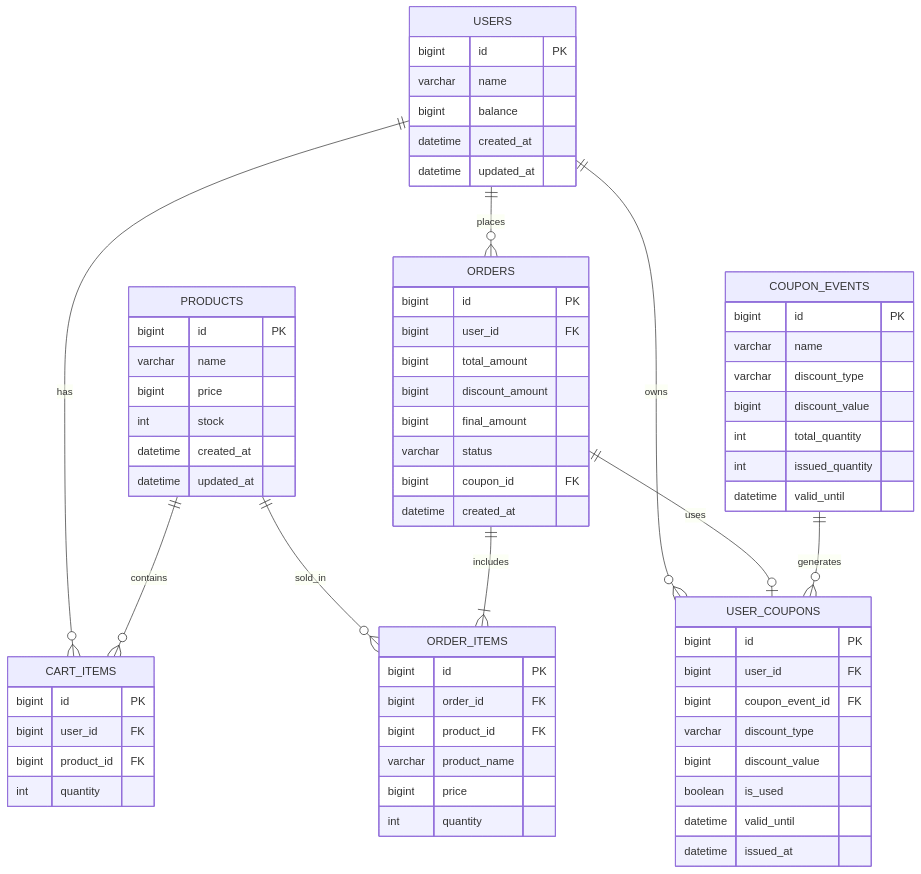
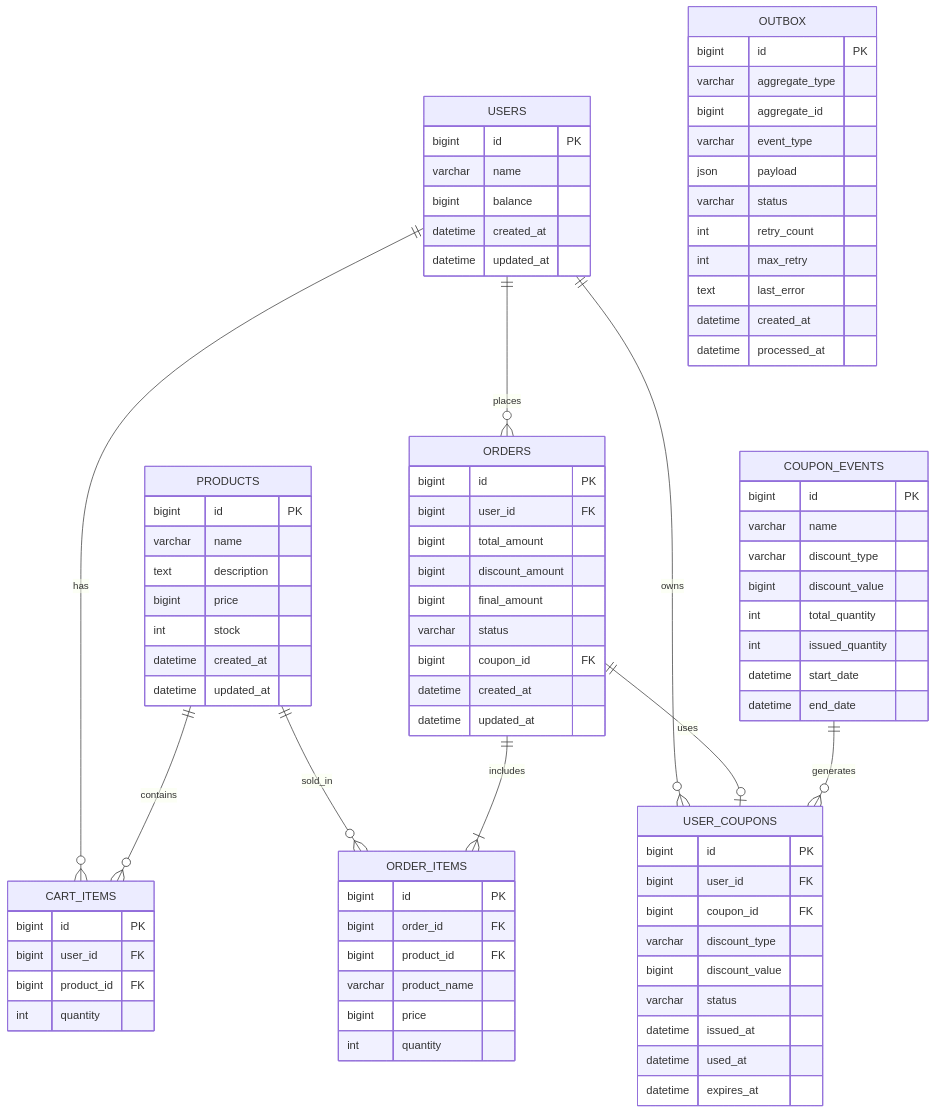
One commit to jaedeokhan/start-study changed the diagram in week2-api-design-management/api-swagger/docs/api/data-model.md. Above: the diagram before and after it, drawn with Mermaid. The commit also changed other lines of this file and 6 other files, not shown here.

Commit message:
chore: 상품, 주문, 결제, 쿠폰, 재고 ERD 및 시퀀스 및 ERD 구성

````diff
--- a/week2-api-design-management/api-swagger/docs/api/data-model.md
+++ b/week2-api-design-management/api-swagger/docs/api/data-model.md
@@ -65,6 +70,7 @@
     PRODUCTS {
         bigint id PK
         varchar name
+        text description
         bigint price
         int stock
         datetime created_at
@@ -87,6 +93,7 @@
         varchar status
         bigint coupon_id FK
         datetime created_at
+        datetime updated_at
     }
 
     ORDER_ITEMS {
@@ -105,17 +112,33 @@
         bigint discount_value
         int total_quantity
         int issued_quantity
-        datetime valid_until
+        datetime start_date
+        datetime end_date
     }
 
     USER_COUPONS {
         bigint id PK
         bigint user_id FK
-        bigint coupon_event_id FK
+        bigint coupon_id FK
         varchar discount_type
         bigint discount_value
-        boolean is_used
-        datetime valid_until
+        varchar status
         datetime issued_at
+        datetime used_at
+        datetime expires_at
+    }
+
+    OUTBOX {
+        bigint id PK
+        varchar aggregate_type
+        bigint aggregate_id
+        varchar event_type
+        json payload
+        varchar status
+        int retry_count
+        int max_retry
+        text last_error
+        datetime created_at
+        datetime processed_at
     }
 ```
````
